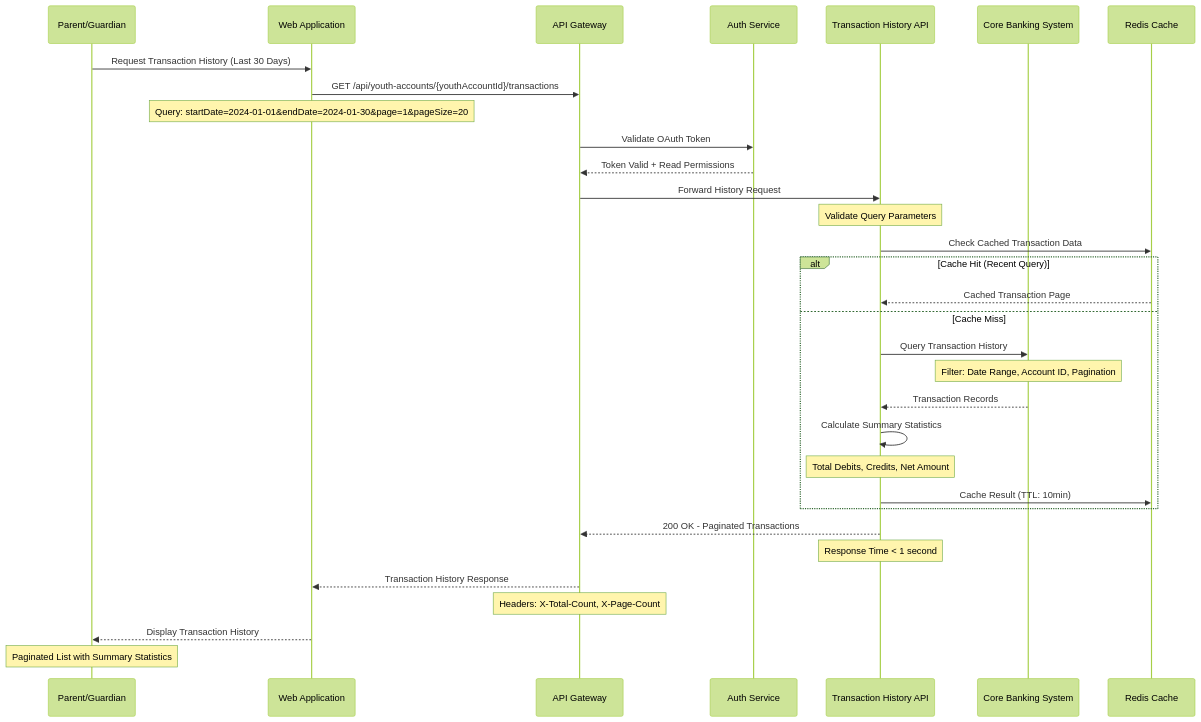
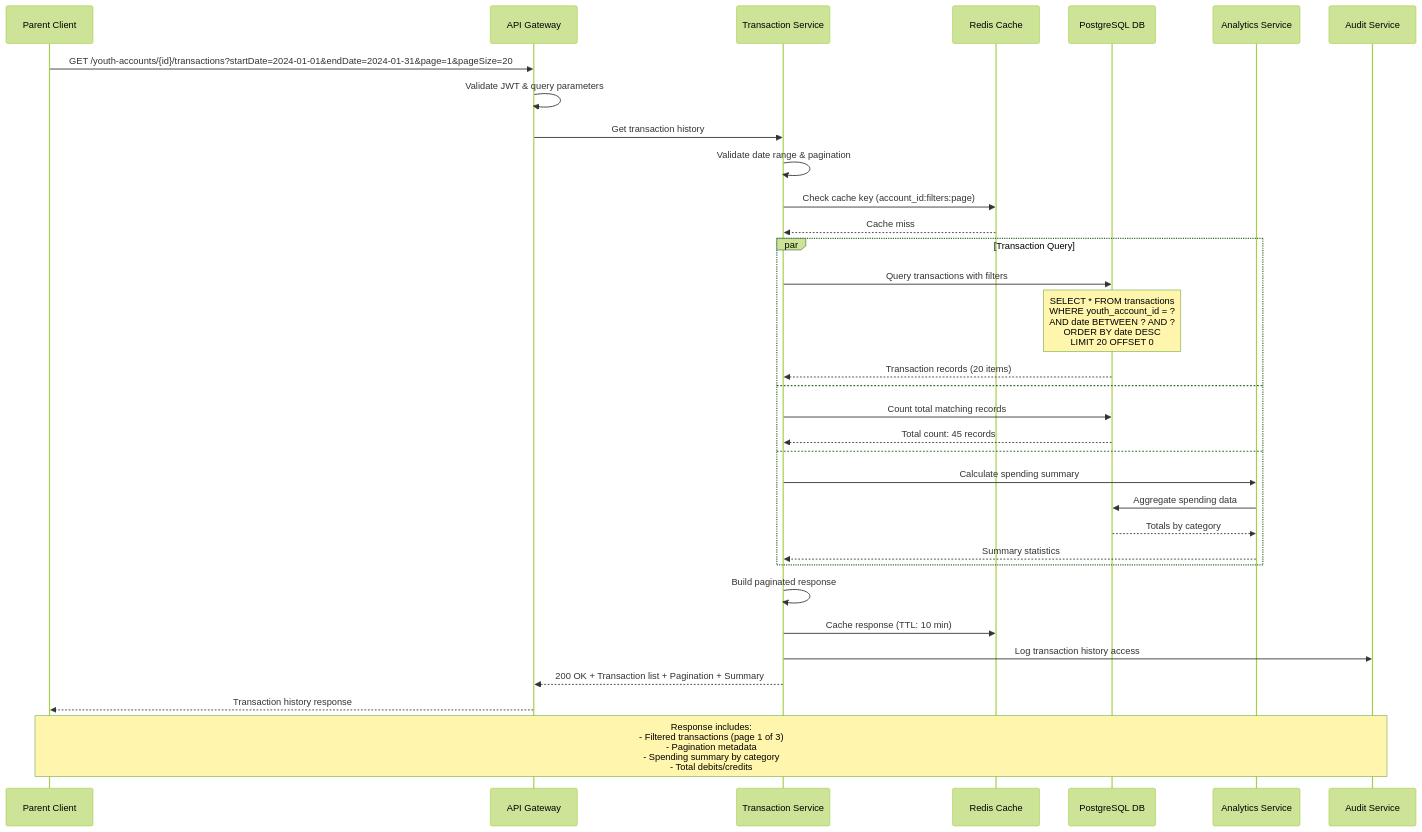
One commit to ThapaswiASC/SCIB-INCEPTION-PHASE-DEMO changed the fifth of 7 diagrams in API Development/Components and Sequence Diagrams/sequence_diagram.md. Above: the diagram before and after it, drawn with Mermaid (forest theme). The commit also changed other lines of this file and 1 other file, not shown here.

````diff
--- a/API Development/Components and Sequence Diagrams/sequence_diagram.md
+++ b/API Development/Components and Sequence Diagrams/sequence_diagram.md
@@ -182,44 +243,41 @@
 ```mermaid
 sequenceDiagram
-    participant Parent as Parent/Guardian
-    participant WebApp as Web Application
-    participant APIGateway as API Gateway
-    participant AuthService as Auth Service
-    participant HistoryAPI as Transaction History API
-    participant CoreBank as Core Banking System
+    participant Parent as Parent Client
+    participant Gateway as API Gateway
+    participant TxnSvc as Transaction Service
     participant Cache as Redis Cache
-
-    Parent->>WebApp: Request Transaction History (Last 30 Days)
-    WebApp->>APIGateway: GET /api/youth-accounts/{youthAccountId}/transactions
-    Note over WebApp: Query: startDate=2024-01-01&endDate=2024-01-30&page=1&pageSize=20
+    participant DB as PostgreSQL DB
+    participant Analytics as Analytics Service
+    participant Audit as Audit Service
     
-    APIGateway->>AuthService: Validate OAuth Token
-    AuthService-->>APIGateway: Token Valid + Read Permissions
+    Parent->>Gateway: GET /youth-accounts/{id}/transactions?startDate=2024-01-01&endDate=2024-01-31&page=1&pageSize=20
+    Gateway->>Gateway: Validate JWT & query parameters
+    Gateway->>TxnSvc: Get transaction history
     
-    APIGateway->>HistoryAPI: Forward History Request
-    Note over HistoryAPI: Validate Query Parameters
+    TxnSvc->>TxnSvc: Validate date range & pagination
+    TxnSvc->>Cache: Check cache key (account_id:filters:page)
+    Cache-->>TxnSvc: Cache miss
     
-    HistoryAPI->>Cache: Check Cached Transaction Data
-    alt Cache Hit (Recent Query)
-        Cache-->>HistoryAPI: Cached Transaction Page
-    else Cache Miss
-        HistoryAPI->>CoreBank: Query Transaction History
-        Note over CoreBank: Filter: Date Range, Account ID, Pagination
-        
-        CoreBank-->>HistoryAPI: Transaction Records
-        
-        HistoryAPI->>HistoryAPI: Calculate Summary Statistics
-        Note over HistoryAPI: Total Debits, Credits, Net Amount
-        
-        HistoryAPI->>Cache: Cache Result (TTL: 10min)
+    par Transaction Query
+        TxnSvc->>DB: Query transactions with filters
+        Note over DB: SELECT * FROM transactions<br/>WHERE youth_account_id = ?<br/>AND date BETWEEN ? AND ?<br/>ORDER BY date DESC<br/>LIMIT 20 OFFSET 0
+        DB-->>TxnSvc: Transaction records (20 items)
+    and
+        TxnSvc->>DB: Count total matching records
+        DB-->>TxnSvc: Total count: 45 records
+    and
+        TxnSvc->>Analytics: Calculate spending summary
+        Analytics->>DB: Aggregate spending data
+        DB-->>Analytics: Totals by category
+        Analytics-->>TxnSvc: Summary statistics
     end
     
-    HistoryAPI-->>APIGateway: 200 OK - Paginated Transactions
-    Note over HistoryAPI: Response Time < 1 second
+    TxnSvc->>TxnSvc: Build paginated response
+    TxnSvc->>Cache: Cache response (TTL: 10 min)
+    TxnSvc->>Audit: Log transaction history access
     
-    APIGateway-->>WebApp: Transaction History Response
-    Note over APIGateway: Headers: X-Total-Count, X-Page-Count
+    TxnSvc-->>Gateway: 200 OK + Transaction list + Pagination + Summary
+    Gateway-->>Parent: Transaction history response
     
-    WebApp-->>Parent: Display Transaction History
-    Note over Parent: Paginated List with Summary Statistics
+    Note over Parent,Audit: Response includes:<br/>- Filtered transactions (page 1 of 3)<br/>- Pagination metadata<br/>- Spending summary by category<br/>- Total debits/credits
 ```
````
